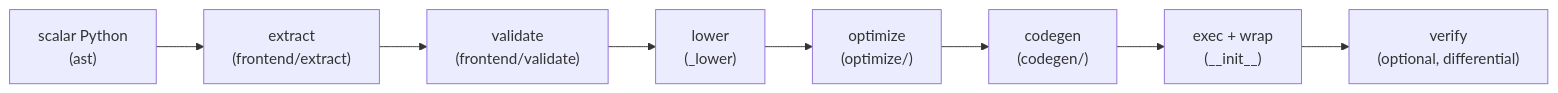
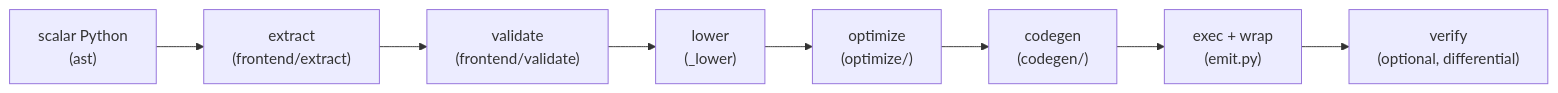
One commit to grAItools/array-vectorize changed the diagram in docs/architecture.md. Above: the diagram before and after it, drawn with Mermaid. The commit also changed other lines of this file and 10 other files, not shown here.

````diff
--- a/docs/architecture.md
+++ b/docs/architecture.md
@@ -6,10 +6,10 @@
 ```mermaid
 flowchart LR
     A["scalar Python\n(ast)"] --> B["extract\n(frontend/extract)"]
     B --> C["validate\n(frontend/validate)"]
     C --> D["lower\n(_lower)"]
     D --> E["optimize\n(optimize/)"]
     E --> F["codegen\n(codegen/)"]
-    F --> G["exec + wrap\n(__init__)"]
+    F --> G["exec + wrap\n(emit.py)"]
     G --> H["verify\n(optional, differential)"]
 ```
````
